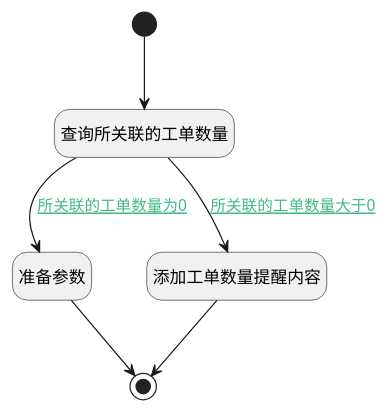
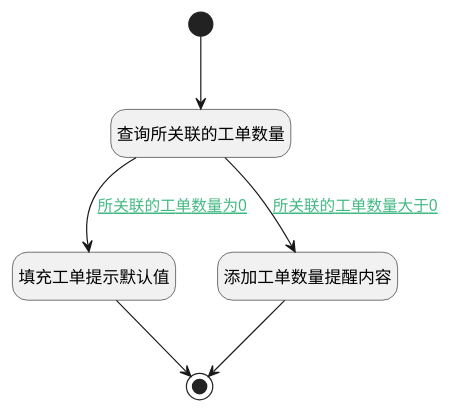
Before and after one commit to iBizLab/plm: the diagram in doc/docsify/module/ProdMgmt/ticket_type/logic/get_con_ticket.md, drawn with PlantUML. The commit also changed other lines of this file and 1778 other files, not shown here.

````diff
--- a/doc/docsify/module/ProdMgmt/ticket_type/logic/get_con_ticket.md
+++ b/doc/docsify/module/ProdMgmt/ticket_type/logic/get_con_ticket.md
@@ -7,26 +7,26 @@
 ```plantuml
 @startuml
 hide empty description
 <style>
 root {
   HyperlinkColor #42b983
 }
 </style>
 
 hide empty description
 state "开始" as Begin <<start>> [[$./get_con_ticket#begin {"开始"}]]
 state "查询所关联的工单数量" as RAWSQLCALL1  [[$./get_con_ticket#rawsqlcall1 {"查询所关联的工单数量"}]]
-state "准备参数" as PREPAREPARAM1  [[$./get_con_ticket#prepareparam1 {"准备参数"}]]
+state "填充工单提示默认值" as PREPAREPARAM1  [[$./get_con_ticket#prepareparam1 {"填充工单提示默认值"}]]
 state "添加工单数量提醒内容" as RAWSFCODE1  [[$./get_con_ticket#rawsfcode1 {"添加工单数量提醒内容"}]]
 state "结束" as END1 <<end>> [[$./get_con_ticket#end1 {"结束"}]]
 
 
 Begin --> RAWSQLCALL1
 RAWSQLCALL1 --> RAWSFCODE1 : [[$./get_con_ticket#rawsqlcall1-rawsfcode1{所关联的工单数量大于0} 所关联的工单数量大于0]]
 RAWSFCODE1 --> END1
 RAWSQLCALL1 --> PREPAREPARAM1 : [[$./get_con_ticket#rawsqlcall1-prepareparam1{所关联的工单数量为0} 所关联的工单数量为0]]
 PREPAREPARAM1 --> END1
 
 
 @enduml
 ```
````
